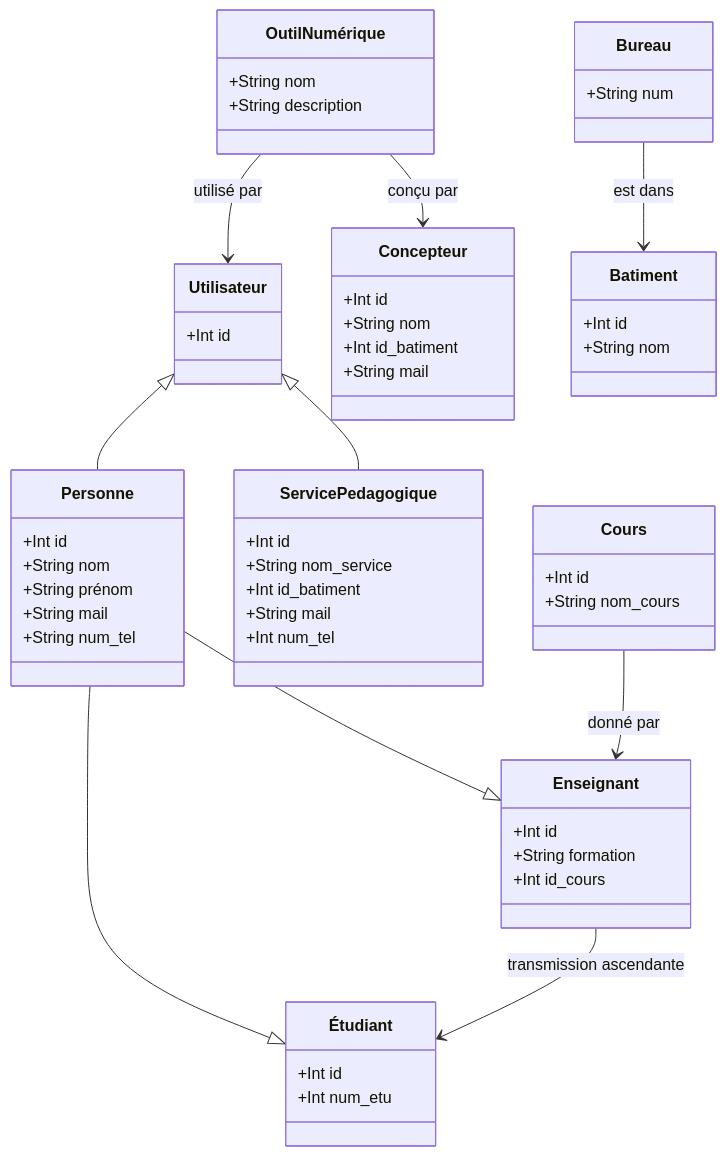
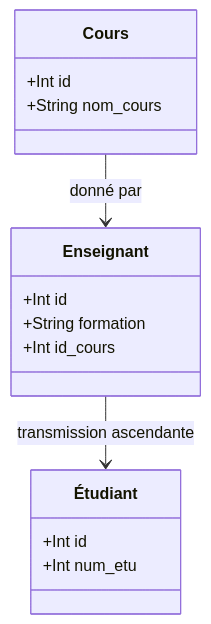
The diagram in class.md (lmimouni-rim/EDUCATION), drawn with Mermaid before and after one commit.

````diff
--- a/class.md
+++ b/class.md
@@ -1,63 +1,22 @@
 ```mermaid
 
 classDiagram
-    class Utilisateur
-    Utilisateur <|-- Personne
-    Utilisateur <|-- ServicePedagogique
-    Utilisateur : +Int id
-
-    class Personne
-    Personne --|> Étudiant
-    Personne --|>Enseignant
-    Personne : +Int id
-    Personne : +String nom
-    Personne : +String prénom
-    Personne : +String mail
-    Personne : +String num_tel
     
     class Étudiant
     Étudiant : +Int id
     Étudiant : +Int num_etu
 
     class Enseignant 
     Enseignant : +Int id
     Enseignant : +String formation 
     Enseignant : +Int id_cours
 
- 
-    class ServicePedagogique
-    ServicePedagogique : +Int id
-    ServicePedagogique : +String nom_service
-    ServicePedagogique : +Int id_batiment 
-    ServicePedagogique : +String mail 
-    ServicePedagogique : +Int num_tel 
-
-    class Concepteur
-    Concepteur : +Int id
-    Concepteur : +String nom
-    Concepteur : +Int id_batiment
-    Concepteur : +String mail 
-    
-    class OutilNumérique 
-    OutilNumérique --> Utilisateur : utilisé par
-    OutilNumérique --> Concepteur: conçu par
-    OutilNumérique : +String nom
-    OutilNumérique : +String description
-
     class Cours
     Cours : +Int id
     Cours : +String nom_cours
-
-    class Batiment
-    Batiment : +Int id
-    Batiment : +String nom
-
-    class Bureau
-    Bureau --> Batiment : est dans
-    Bureau : +String num
 
     Cours --> Enseignant : donné par
     Enseignant --> Étudiant : transmission ascendante
 
  
 ```
````
